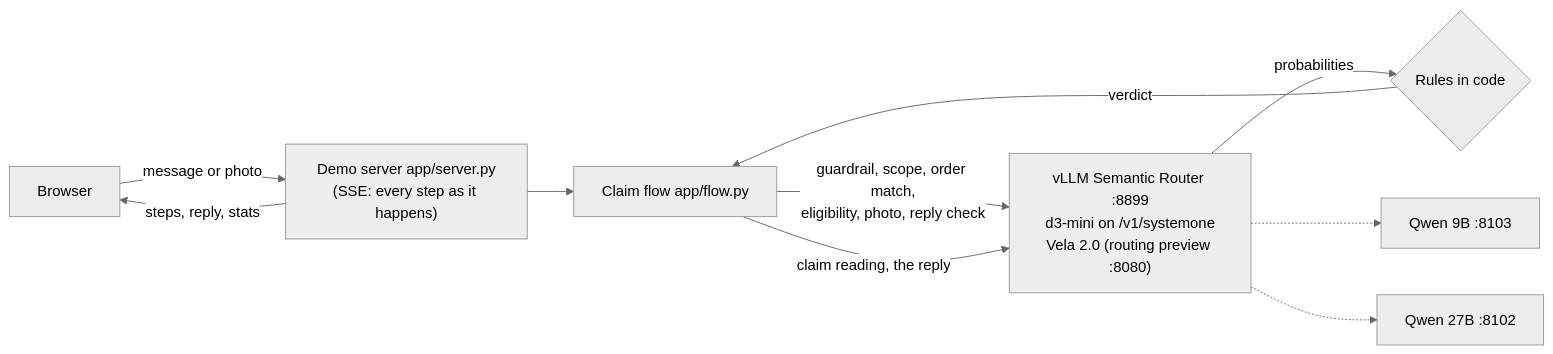
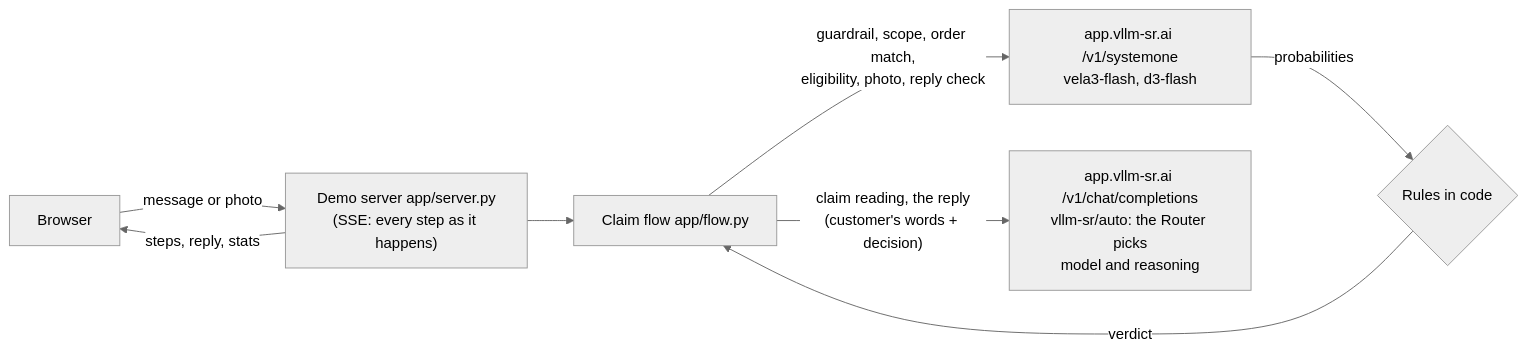
The diagram in README.md (madhusoodhans/product-returns-validator), drawn with Mermaid (neutral theme) before and after one commit. The commit also changed other lines of this file and 4 other files, not shown here.

````diff
--- a/README.md
+++ b/README.md
@@ -14,12 +16,10 @@
 ```mermaid
 flowchart LR
     B["Browser"] -->|message or photo| S["Demo server app/server.py<br/>(SSE: every step as it happens)"]
     S --> F["Claim flow app/flow.py"]
-    F -->|"guardrail, scope, order match,<br/>eligibility, photo, reply check"| R["vLLM Semantic Router :8899<br/>d3-mini on /v1/systemone<br/>Vela 2.0 (routing preview :8080)"]
-    R -->|probabilities| RULES{"Rules in code"}
+    F -->|"guardrail, scope, order match,<br/>eligibility, photo, reply check"| A1["app.vllm-sr.ai /v1/systemone<br/>vela3-flash, d3-flash"]
+    A1 -->|probabilities| RULES{"Rules in code"}
     RULES -->|verdict| F
-    F -->|"claim reading, the reply"| R
-    R -.-> Q9["Qwen 9B :8103"]
-    R -.-> Q27["Qwen 27B :8102"]
+    F -->|"claim reading, the reply<br/>(customer's words + decision)"| A2["app.vllm-sr.ai /v1/chat/completions<br/>vllm-sr/auto: the Router picks<br/>model and reasoning"]
     S -->|"steps, reply, stats"| B
 ```
````
